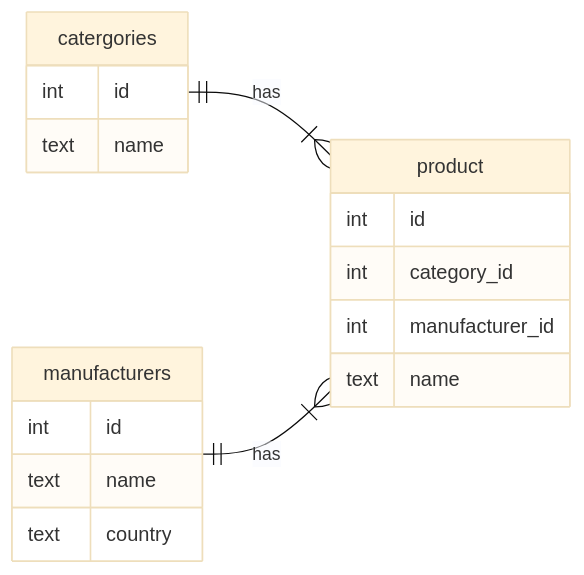
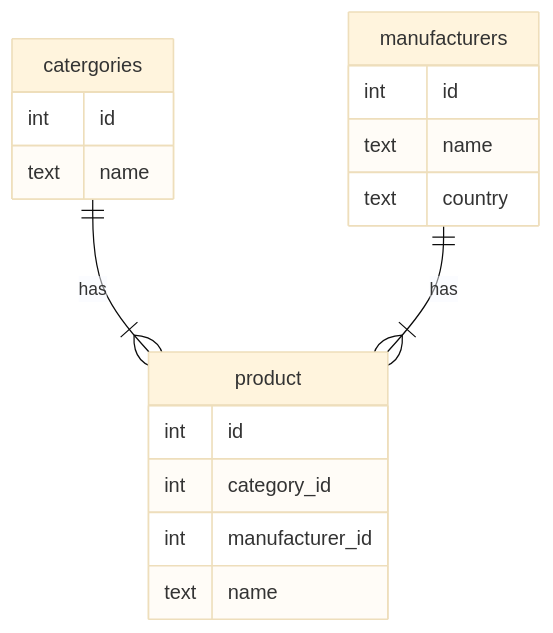
One commit to AfonenkoA/Operations-Research changed the first of 2 diagrams in lab/extra/genetic/main.qmd. Above: the diagram before and after it, drawn with Mermaid (base theme). The commit also changed other lines of this file and 17 other files, not shown here.

````diff
--- a/lab/extra/genetic/main.qmd
+++ b/lab/extra/genetic/main.qmd
@@ -25,22 +34,21 @@
 ```{mermaid}
 erDiagram
-    direction LR
     catergories ||--|{ product : has
     manufacturers ||--|{ product : has
     catergories {
         int id
         text name
     }
 
     manufacturers {
         int id
         text name
         text country
     }
     product {
         int id
         int category_id
         int manufacturer_id
         text name
     }
 ```
````
